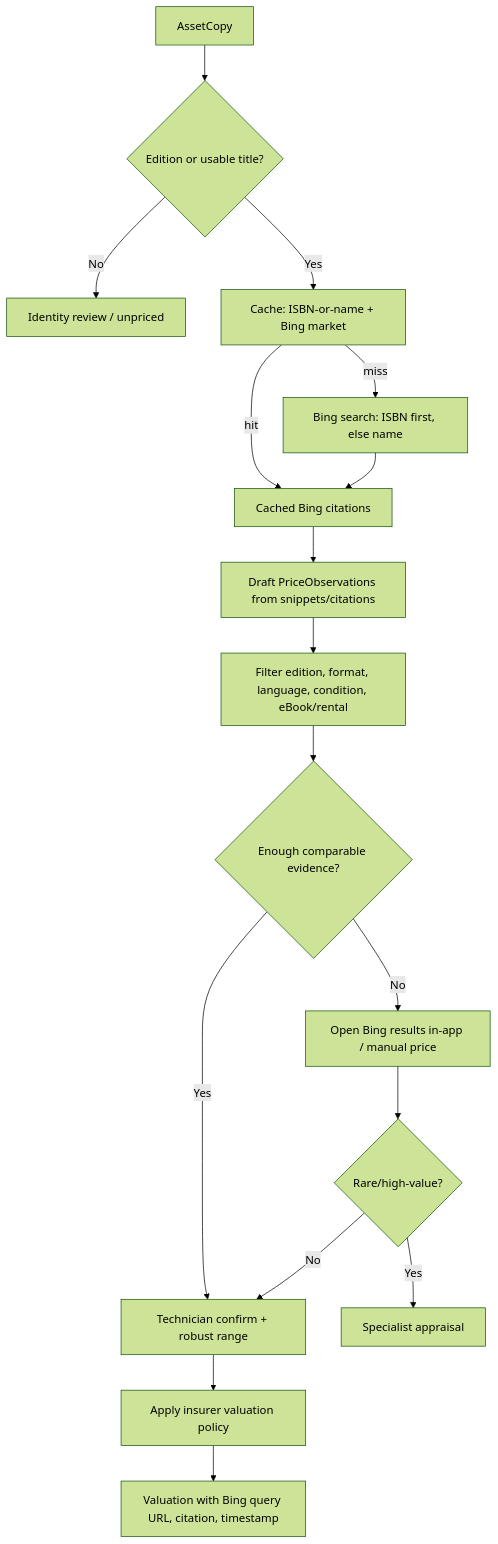
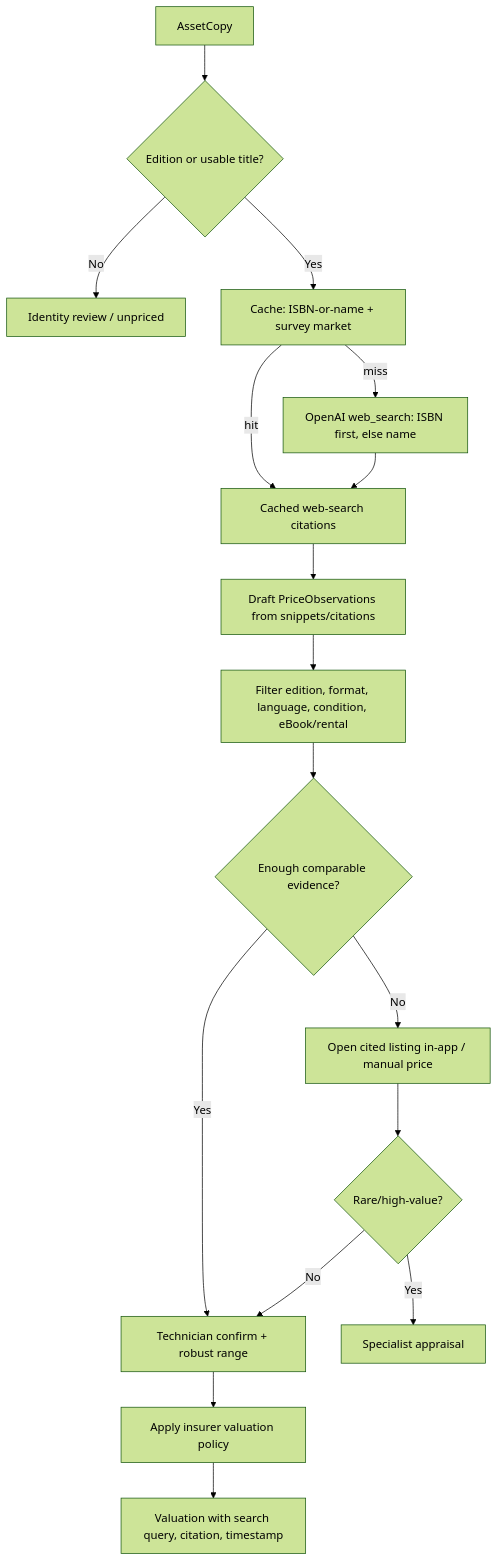
Before and after one commit to harshsinha-12/library-estimate: the fourth of 8 diagrams in FINAL-PLAN.md, drawn with Mermaid (forest theme). The commit also changed other lines of this file and 8 other files, not shown here.

````diff
--- a/FINAL-PLAN.md
+++ b/FINAL-PLAN.md
@@ -716,19 +729,19 @@
 ```mermaid
 flowchart TD
   A["AssetCopy"] --> B{"Edition or usable title?"}
   B -- No --> U["Identity review / unpriced"]
-  B -- Yes --> C["Cache: ISBN-or-name + Bing market"]
-  C -->|miss| D["Bing search: ISBN first, else name"]
-  C -->|hit| E["Cached Bing citations"]
+  B -- Yes --> C["Cache: ISBN-or-name + survey market"]
+  C -->|miss| D["OpenAI web_search: ISBN first, else name"]
+  C -->|hit| E["Cached web-search citations"]
   D --> E
   E --> F["Draft PriceObservations from snippets/citations"]
   F --> G["Filter edition, format, language, condition, eBook/rental"]
   G --> H{"Enough comparable evidence?"}
-  H -- No --> I["Open Bing results in-app / manual price"]
+  H -- No --> I["Open cited listing in-app / manual price"]
   H -- Yes --> J["Technician confirm + robust range"]
   I --> K{"Rare/high-value?"}
   K -- Yes --> L["Specialist appraisal"]
   K -- No --> J
   J --> M["Apply insurer valuation policy"]
-  M --> N["Valuation with Bing query URL, citation, timestamp"]
+  M --> N["Valuation with search query, citation, timestamp"]
 ```
````
